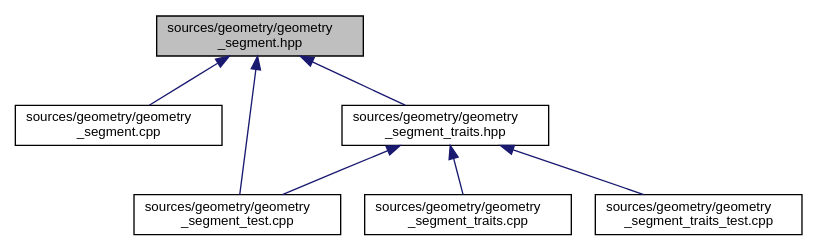
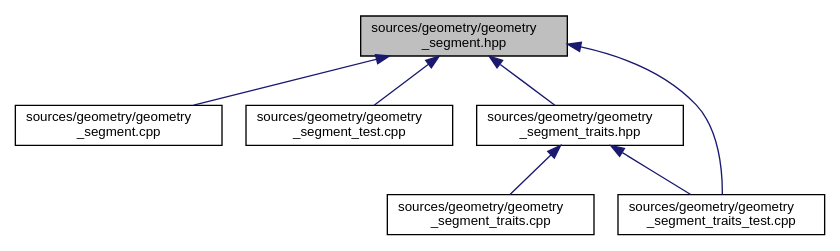
One commit to eliogovea/dev-env-cpp changed the diagram in geometry/documentation/geometry__segment_8hpp__dep__incl.dot. Above: the diagram before and after it, drawn with Graphviz. The commit also changed 148 other files, not shown here.

```diff
--- a/geometry/documentation/geometry__segment_8hpp__dep__incl.dot
+++ b/geometry/documentation/geometry__segment_8hpp__dep__incl.dot
@@ -1,18 +1,18 @@
 digraph "sources/geometry/geometry_segment.hpp"
 {
  // LATEX_PDF_SIZE
   edge [fontname="Helvetica",fontsize="10",labelfontname="Helvetica",labelfontsize="10"];
   node [fontname="Helvetica",fontsize="10",shape=record];
   Node1 [label="sources/geometry/geometry\l_segment.hpp",height=0.2,width=0.4,color="black", fillcolor="grey75", style="filled", fontcolor="black",tooltip=" "];
   Node1 -> Node2 [dir="back",color="midnightblue",fontsize="10",style="solid",fontname="Helvetica"];
   Node2 [label="sources/geometry/geometry\l_segment.cpp",height=0.2,width=0.4,color="black", fillcolor="white", style="filled",URL="$geometry__segment_8cpp.html",tooltip=" "];
   Node1 -> Node3 [dir="back",color="midnightblue",fontsize="10",style="solid",fontname="Helvetica"];
   Node3 [label="sources/geometry/geometry\l_segment_test.cpp",height=0.2,width=0.4,color="black", fillcolor="white", style="filled",URL="$geometry__segment__test_8cpp.html",tooltip=" "];
   Node1 -> Node4 [dir="back",color="midnightblue",fontsize="10",style="solid",fontname="Helvetica"];
   Node4 [label="sources/geometry/geometry\l_segment_traits.hpp",height=0.2,width=0.4,color="black", fillcolor="white", style="filled",URL="$geometry__segment__traits_8hpp.html",tooltip=" "];
-  Node4 -> Node3 [dir="back",color="midnightblue",fontsize="10",style="solid",fontname="Helvetica"];
   Node4 -> Node5 [dir="back",color="midnightblue",fontsize="10",style="solid",fontname="Helvetica"];
   Node5 [label="sources/geometry/geometry\l_segment_traits.cpp",height=0.2,width=0.4,color="black", fillcolor="white", style="filled",URL="$geometry__segment__traits_8cpp.html",tooltip=" "];
   Node4 -> Node6 [dir="back",color="midnightblue",fontsize="10",style="solid",fontname="Helvetica"];
   Node6 [label="sources/geometry/geometry\l_segment_traits_test.cpp",height=0.2,width=0.4,color="black", fillcolor="white", style="filled",URL="$geometry__segment__traits__test_8cpp.html",tooltip=" "];
+  Node1 -> Node6 [dir="back",color="midnightblue",fontsize="10",style="solid",fontname="Helvetica"];
 }
```
